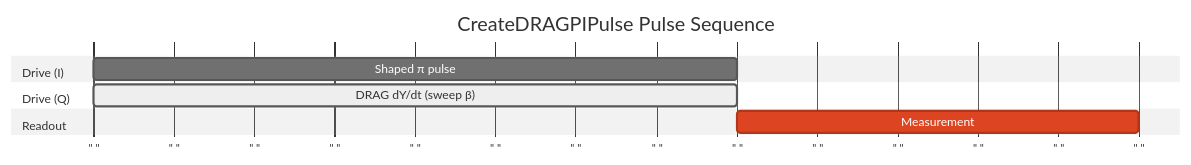
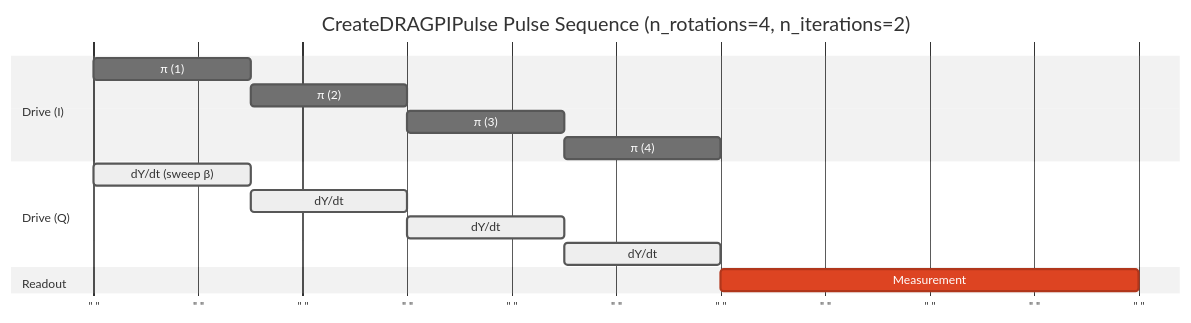
One commit to oqtopus-team/qdash changed the diagram in docs/task-knowledge/gate-calibration/CreateDRAGPIPulse/index.md. Above: the diagram before and after it, drawn with Mermaid (neutral theme). The commit also changed 4 other files, not shown here.

Commit message:
feat(docs): update pulse sequence diagrams for gate calibration tasks

````diff
--- a/docs/task-knowledge/gate-calibration/CreateDRAGPIPulse/index.md
+++ b/docs/task-knowledge/gate-calibration/CreateDRAGPIPulse/index.md
@@ -13,15 +13,21 @@
 ```mermaid
 gantt
-    title CreateDRAGPIPulse Pulse Sequence
+    title CreateDRAGPIPulse Pulse Sequence (n_rotations=4, n_iterations=2)
     dateFormat x
     axisFormat " "
 
     section Drive (I)
-    Shaped π pulse          :d1, 0, 80ms
+    π (1)   :d1, 0, 15ms
+    π (2)   :d2, after d1, 15ms
+    π (3)   :d3, after d2, 15ms
+    π (4)   :d4, after d3, 15ms
 
     section Drive (Q)
-    DRAG dY/dt (sweep β)    :active, q1, 0, 80ms
+    dY/dt (sweep β) :active, q1, 0, 15ms
+    dY/dt           :active, q2, after q1, 15ms
+    dY/dt           :active, q3, after q2, 15ms
+    dY/dt           :active, q4, after q3, 15ms
 
     section Readout
-    Measurement             :crit, r1, after d1, 50ms
+    Measurement     :crit, r1, after d4, 40ms
 ```
````
